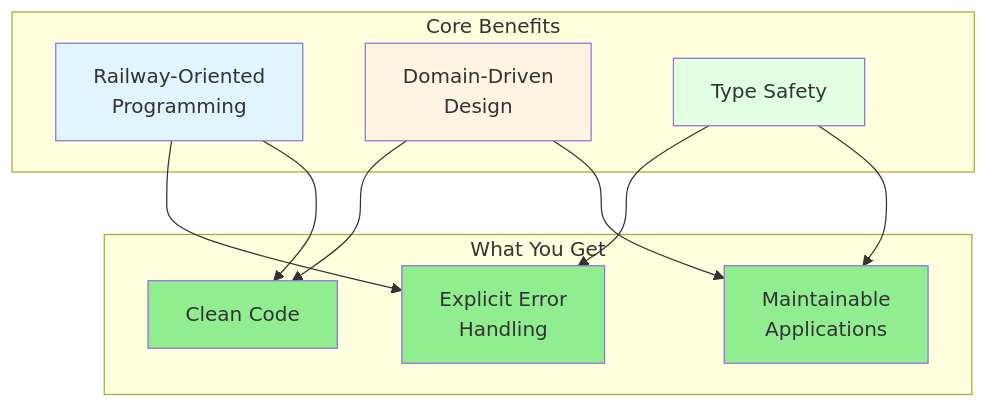
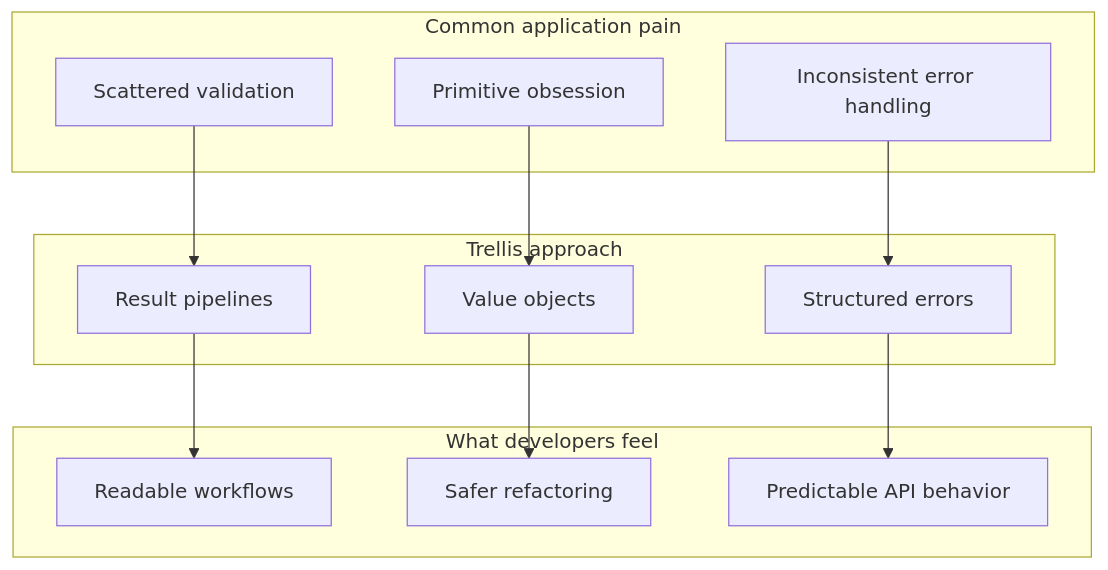
One commit to xavierjohn/Trellis changed the first of 2 diagrams in docs/docfx_project/articles/intro.md. Above: the diagram before and after it, drawn with Mermaid. The commit also changed other lines of this file and 107 other files, not shown here.

````diff
--- a/docs/docfx_project/articles/intro.md
+++ b/docs/docfx_project/articles/intro.md
@@ -27,28 +28,27 @@
 ```mermaid
 graph TB
-    subgraph Benefits["Core Benefits"]
-        A[Railway-Oriented<br/>Programming]
-        B[Domain-Driven<br/>Design]
-        C[Type Safety]
+    subgraph Problems[Common application pain]
+        A[Primitive obsession]
+        B[Scattered validation]
+        C[Inconsistent error handling]
     end
-    
-    subgraph Results["What You Get"]
-        D[Explicit Error<br/>Handling]
-        E[Clean Code]
-        F[Maintainable<br/>Applications]
+
+    subgraph Trellis[Trellis approach]
+        D[Value objects]
+        E[Result pipelines]
+        F[Structured errors]
     end
-    
+
+    subgraph Outcomes[What developers feel]
+        G[Readable workflows]
+        H[Safer refactoring]
+        I[Predictable API behavior]
+    end
+
     A --> D
     B --> E
-    C --> D
-    A --> E
-    B --> F
     C --> F
-    
-    style A fill:#E1F5FF
-    style B fill:#FFF4E1
-    style C fill:#E1FFE1
-    style D fill:#90EE90
-    style E fill:#90EE90
-    style F fill:#90EE90
+    D --> H
+    E --> G
+    F --> I
 ```
````
